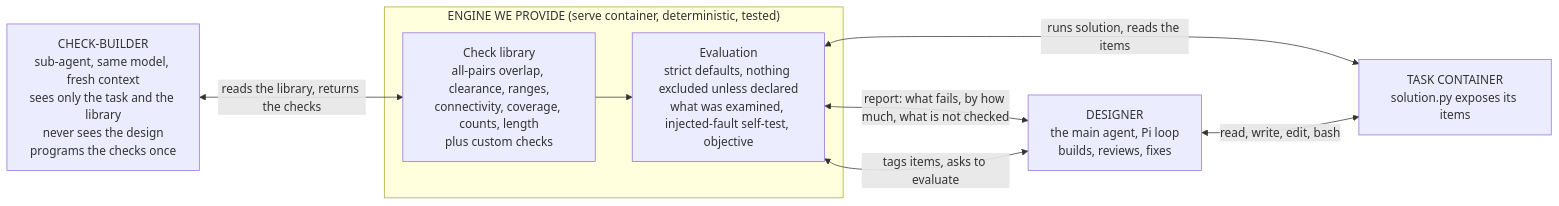
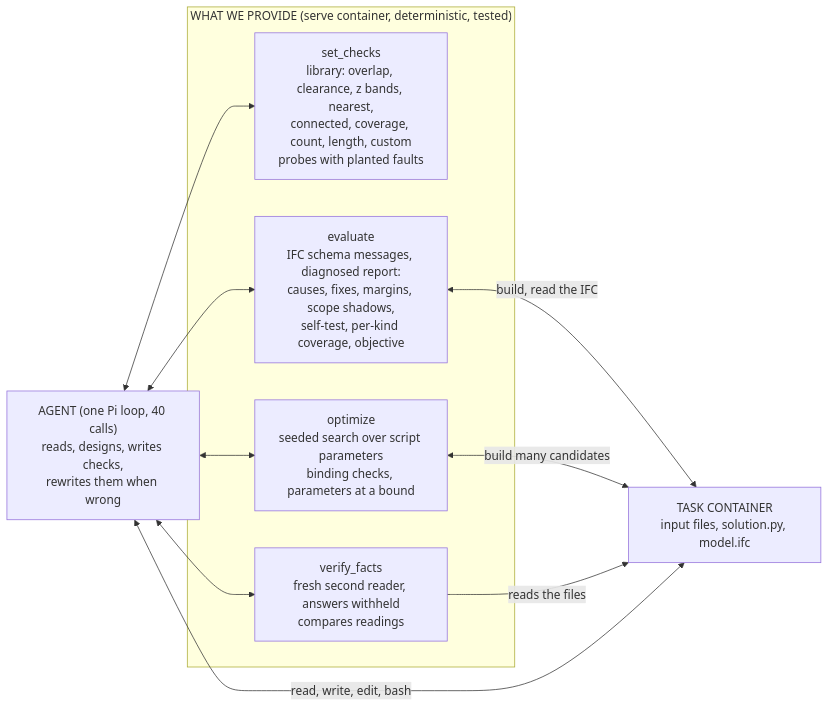
One commit to SophusRosendahl/ple-submission changed the diagram in docs/figures/fig5-structured-architecture.mmd. Above: the diagram before and after it, drawn with Mermaid. The commit also changed 9 other files, not shown here.

```diff
--- a/docs/figures/fig5-structured-architecture.mmd
+++ b/docs/figures/fig5-structured-architecture.mmd
@@ -1,14 +1,17 @@
 flowchart LR
-  CB["CHECK-BUILDER<br/>sub-agent, same model, fresh context<br/>sees only the task and the library<br/>never sees the design<br/>programs the checks once"]
-  DS["DESIGNER<br/>the main agent, Pi loop<br/>builds, reviews, fixes"]
-  subgraph ENG["ENGINE WE PROVIDE (serve container, deterministic, tested)"]
-    LB["Check library<br/>all-pairs overlap, clearance, ranges,<br/>connectivity, coverage, counts, length<br/>plus custom checks"]
-    EV["Evaluation<br/>strict defaults, nothing excluded unless declared<br/>what was examined, injected-fault self-test, objective"]
+  AG["AGENT (one Pi loop, 40 calls)<br/>reads, designs, writes checks,<br/>rewrites them when wrong"]
+  subgraph ENG["WHAT WE PROVIDE (serve container, deterministic, tested)"]
+    SC["set_checks<br/>library: overlap, clearance, z bands, nearest,<br/>connected, coverage, count, length, custom<br/>probes with planted faults"]
+    EV["evaluate<br/>IFC schema messages, diagnosed report:<br/>causes, fixes, margins, scope shadows,<br/>self-test, per-kind coverage, objective"]
+    OP["optimize<br/>seeded search over script parameters<br/>binding checks, parameters at a bound"]
+    VF["verify_facts<br/>fresh second reader, answers withheld<br/>compares readings"]
   end
-  TC["TASK CONTAINER<br/>solution.py exposes its items"]
-  CB <-->|"reads the library, returns the checks"| LB
-  DS <-->|"tags items, asks to evaluate"| EV
-  EV <-->|"report: what fails, by how much, what is not checked"| DS
-  LB --> EV
-  EV <-->|"runs solution, reads the items"| TC
-  DS <-->|"read, write, edit, bash"| TC
+  TC["TASK CONTAINER<br/>input files, solution.py, model.ifc"]
+  AG <--> SC
+  AG <--> EV
+  AG <--> OP
+  AG <--> VF
+  EV <-->|"build, read the IFC"| TC
+  OP <-->|"build many candidates"| TC
+  VF -->|"reads the files"| TC
+  AG <-->|"read, write, edit, bash"| TC
```
